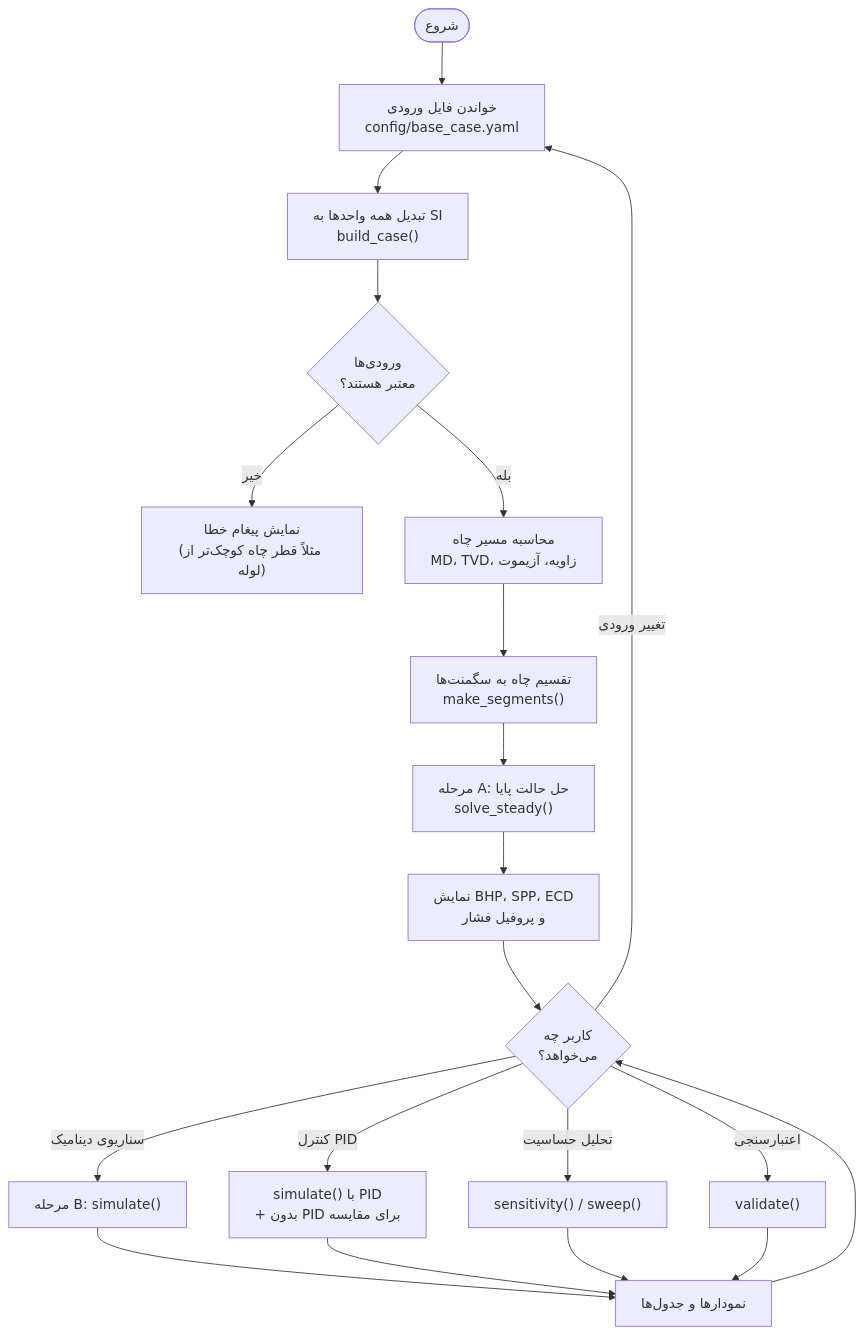
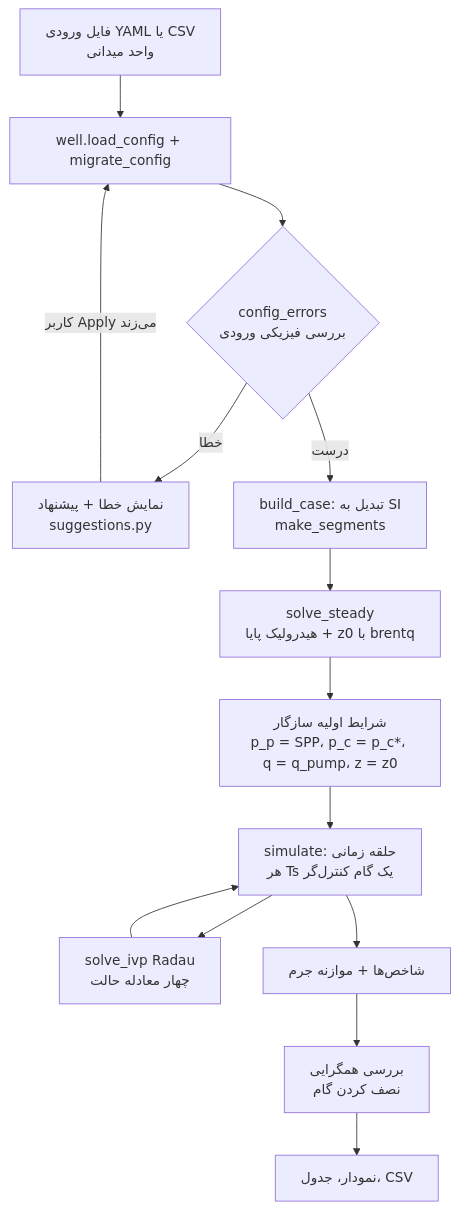
Before and after one commit to amirm8170/sepehr-py: the first of 2 diagrams in README_FA.md, drawn with Mermaid. The commit also changed other lines of this file and 38 other files, not shown here.

````diff
--- a/README_FA.md
+++ b/README_FA.md
@@ -93,22 +70,16 @@
 ```mermaid
 flowchart TD
-    A(["شروع"]) --> B["خواندن فایل ورودی<br/>config/base_case.yaml"]
-    B --> C["تبدیل همه واحدها به SI<br/>build_case()"]
-    C --> D{"ورودی‌ها<br/>معتبر هستند؟"}
-    D -- "خیر" --> E["نمایش پیغام خطا<br/>(مثلاً قطر چاه کوچک‌تر از لوله)"]
-    D -- "بله" --> F["محاسبه مسیر چاه<br/>MD، TVD، زاویه، آزیموت"]
-    F --> G["تقسیم چاه به سگمنت‌ها<br/>make_segments()"]
-    G --> H["مرحله A: حل حالت پایا<br/>solve_steady()"]
-    H --> I["نمایش BHP، SPP، ECD<br/>و پروفیل فشار"]
-    I --> J{"کاربر چه<br/>می‌خواهد؟"}
-    J -- "سناریوی دینامیک" --> K["مرحله B: simulate()"]
-    J -- "کنترل PID" --> L["simulate() با PID<br/>+ بدون PID برای مقایسه"]
-    J -- "تحلیل حساسیت" --> M["sensitivity() / sweep()"]
-    J -- "اعتبارسنجی" --> N["validate()"]
-    J -- "تغییر ورودی" --> B
-    K --> O["نمودارها و جدول‌ها"]
-    L --> O
-    M --> O
-    N --> O
-    O --> J
+    A[فایل ورودی YAML یا CSV<br/>واحد میدانی] --> B[well.load_config + migrate_config]
+    B --> C{config_errors<br/>بررسی فیزیکی ورودی}
+    C -- خطا --> D[نمایش خطا + پیشنهاد<br/>suggestions.py]
+    D -- کاربر Apply می‌زند --> B
+    C -- درست --> E[build_case: تبدیل به SI<br/>make_segments]
+    E --> F[solve_steady<br/>هیدرولیک پایا + z0 با brentq]
+    F --> G[شرایط اولیه سازگار<br/>p_p = SPP، p_c = p_c*، q = q_pump، z = z0]
+    G --> H[simulate: حلقه زمانی<br/>هر Ts یک گام کنترل‌گر]
+    H --> I[solve_ivp Radau<br/>چهار معادله حالت]
+    I --> H
+    H --> J[شاخص‌ها + موازنه جرم]
+    J --> K[بررسی همگرایی<br/>نصف کردن گام]
+    K --> L[نمودار، جدول، CSV]
 ```
````
